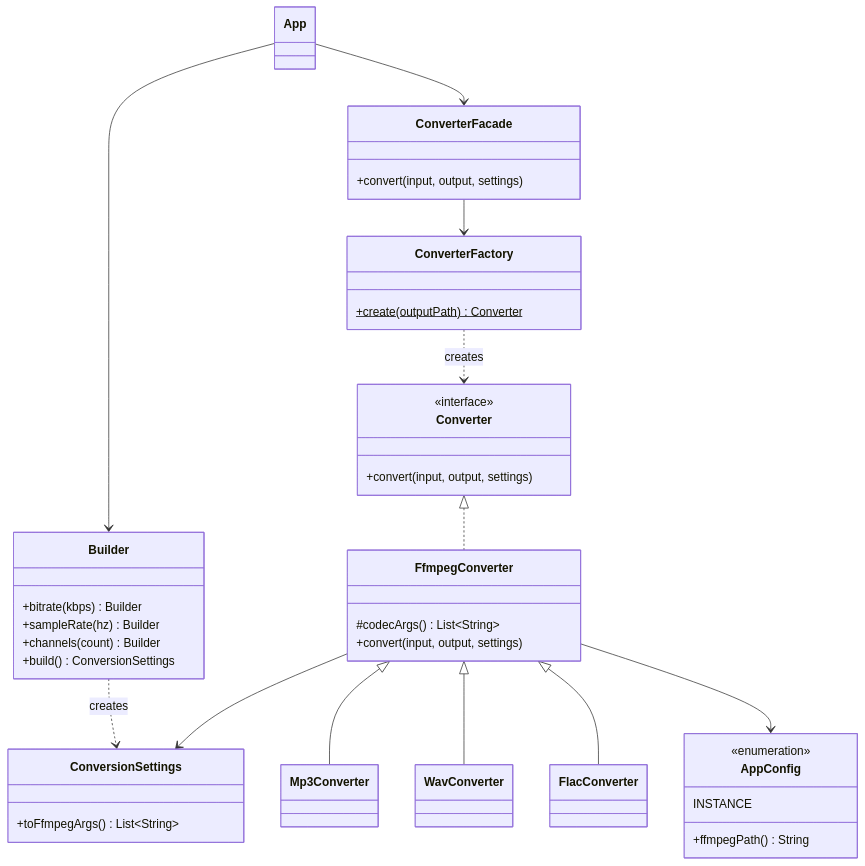
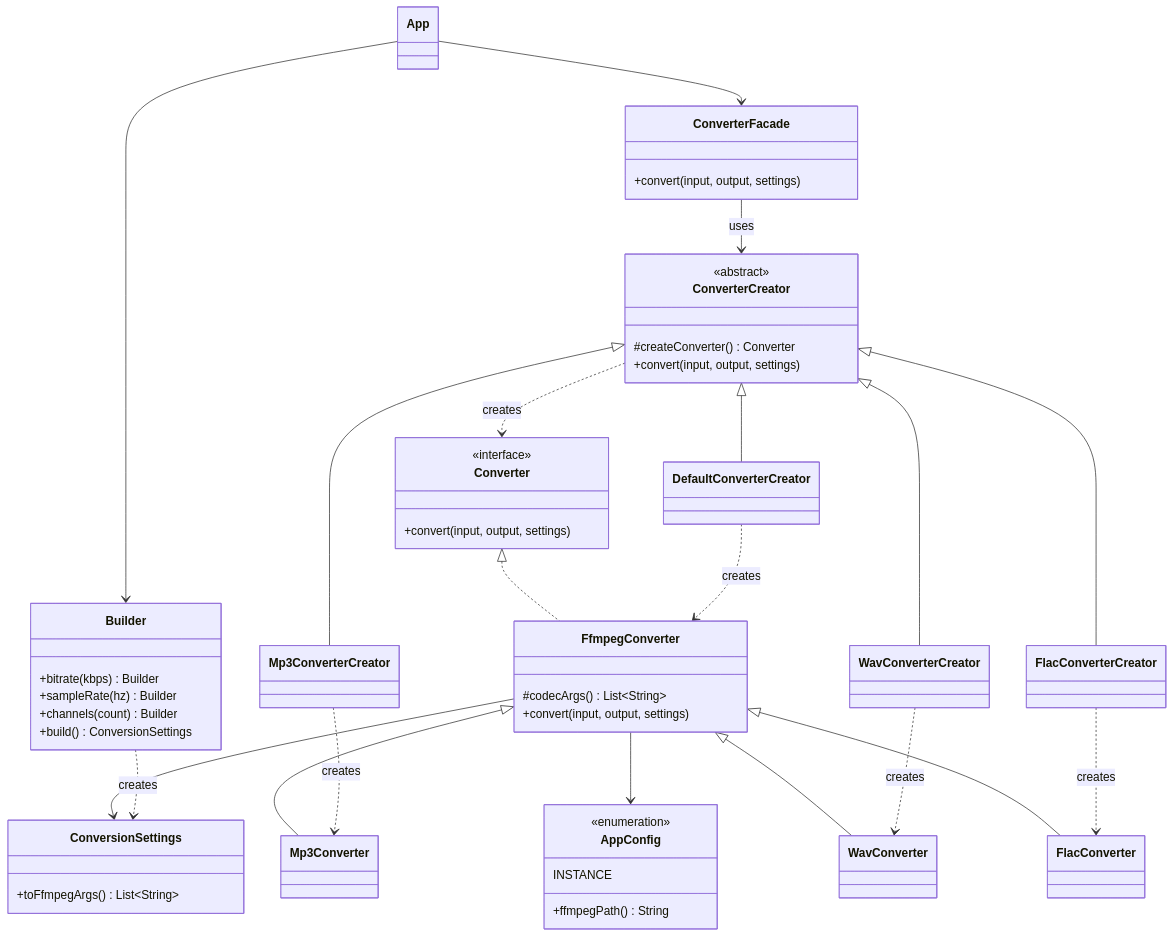
Before and after one commit to Makday/TMPS_labs: the diagram in lab1/README.md, drawn with Mermaid. The commit also changed other lines of this file, not shown here.

````diff
--- a/lab1/README.md
+++ b/lab1/README.md
@@ -98,47 +106,61 @@
 ```mermaid
 classDiagram
     class App
     class ConverterFacade {
         +convert(input, output, settings)
     }
-    class ConverterFactory {
-        +create(outputPath)$ Converter
+    class ConverterCreator {
+        <<abstract>>
+        #createConverter() Converter
+        +convert(input, output, settings)
     }
     class Converter {
         <<interface>>
         +convert(input, output, settings)
     }
     class FfmpegConverter {
         #codecArgs() List~String~
         +convert(input, output, settings)
     }
+    class DefaultConverterCreator
+    class Mp3ConverterCreator
+    class WavConverterCreator
+    class FlacConverterCreator
     class Mp3Converter
     class WavConverter
     class FlacConverter
     class ConversionSettings {
         +toFfmpegArgs() List~String~
     }
     class Builder {
         +bitrate(kbps) Builder
         +sampleRate(hz) Builder
         +channels(count) Builder
         +build() ConversionSettings
     }
     class AppConfig {
         <<enumeration>>
         INSTANCE
         +ffmpegPath() String
     }
  
     App --> Builder
     App --> ConverterFacade
     Builder ..> ConversionSettings : creates
-    ConverterFacade --> ConverterFactory
-    ConverterFactory ..> Converter : creates
+    ConverterFacade --> ConverterCreator : uses
+    ConverterCreator ..> Converter : creates
+    ConverterCreator <|-- DefaultConverterCreator
+    ConverterCreator <|-- Mp3ConverterCreator
+    ConverterCreator <|-- WavConverterCreator
+    ConverterCreator <|-- FlacConverterCreator
+    DefaultConverterCreator ..> FfmpegConverter : creates
+    Mp3ConverterCreator ..> Mp3Converter : creates
+    WavConverterCreator ..> WavConverter : creates
+    FlacConverterCreator ..> FlacConverter : creates
     Converter <|.. FfmpegConverter
     FfmpegConverter <|-- Mp3Converter
     FfmpegConverter <|-- WavConverter
     FfmpegConverter <|-- FlacConverter
     FfmpegConverter --> AppConfig
     FfmpegConverter --> ConversionSettings
 ```
````
